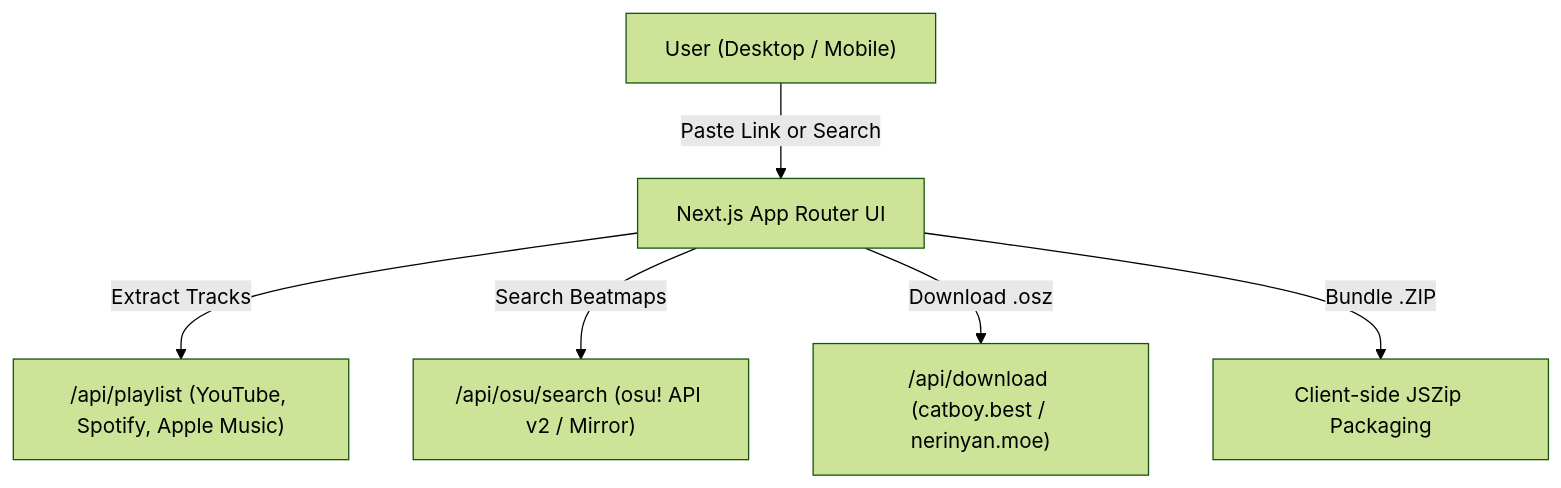
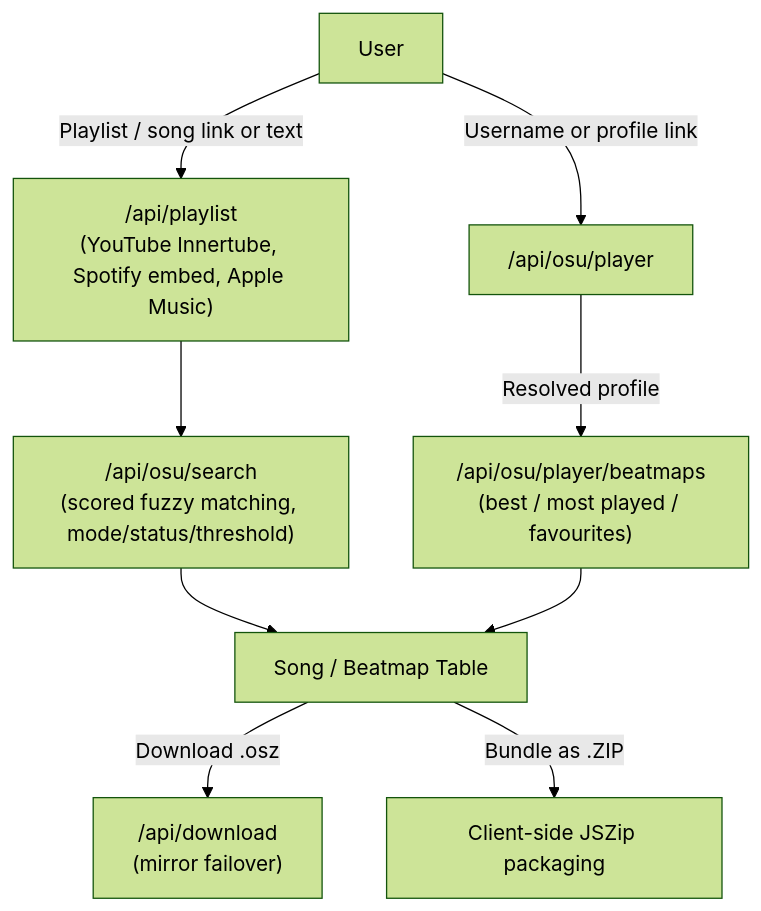
Before and after one commit to sidlikesgrapess/osu-playlist-sync: the diagram in README.md, drawn with Mermaid (forest theme). The commit also changed other lines of this file, not shown here.

First line of the commit message:
docs(readme): rewrite for osu!Sync, player search, and match strictness

````diff
--- a/README.md
+++ b/README.md
@@ -84,8 +86,14 @@
 ```mermaid
 graph TD
-    User["User (Desktop / Mobile)"] -->|"Paste Link or Search"| Frontend["Next.js App Router UI"]
-    Frontend -->|"Extract Tracks"| Extractor["/api/playlist (YouTube, Spotify, Apple Music)"]
-    Frontend -->|"Search Beatmaps"| OsuSearch["/api/osu/search (osu! API v2 / Mirror)"]
-    Frontend -->|"Download .osz"| Proxy["/api/download (catboy.best / nerinyan.moe)"]
-    Frontend -->|"Bundle .ZIP"| JSZip["Client-side JSZip Packaging"]
+    User["User"] -->|"Playlist / song link or text"| Extract["/api/playlist\n(YouTube Innertube, Spotify embed, Apple Music)"]
+    User -->|"Username or profile link"| PlayerSearch["/api/osu/player"]
+
+    Extract --> Match["/api/osu/search\n(scored fuzzy matching, mode/status/threshold)"]
+    PlayerSearch -->|"Resolved profile"| Collections["/api/osu/player/beatmaps\n(best / most played / favourites)"]
+
+    Match --> UI["Song / Beatmap Table"]
+    Collections --> UI
+
+    UI -->|"Download .osz"| Proxy["/api/download\n(mirror failover)"]
+    UI -->|"Bundle as .ZIP"| JSZip["Client-side JSZip packaging"]
 ```
````
